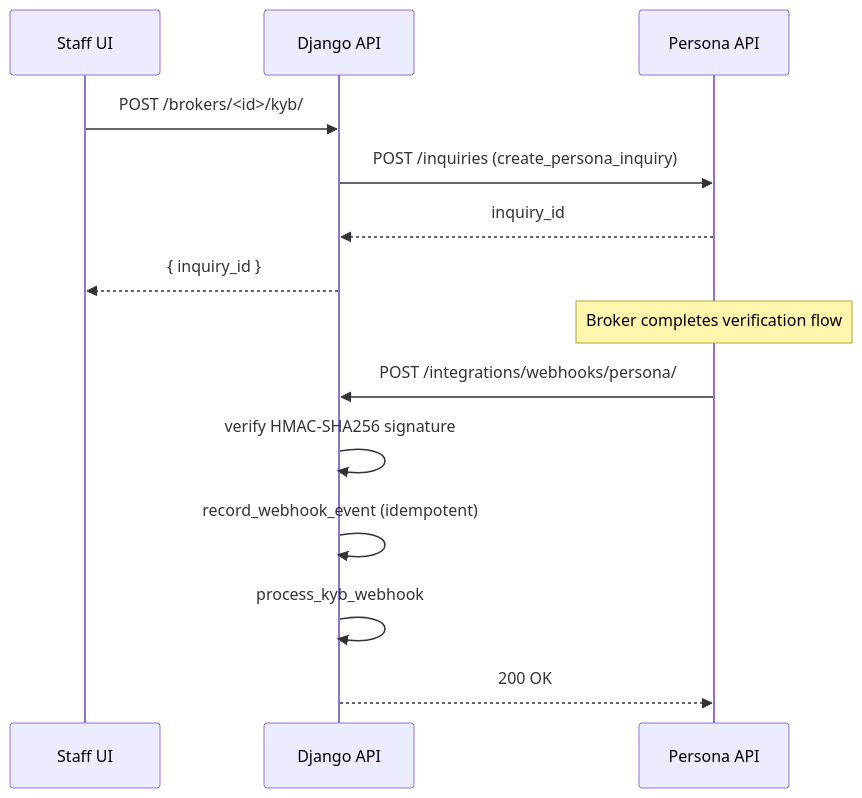
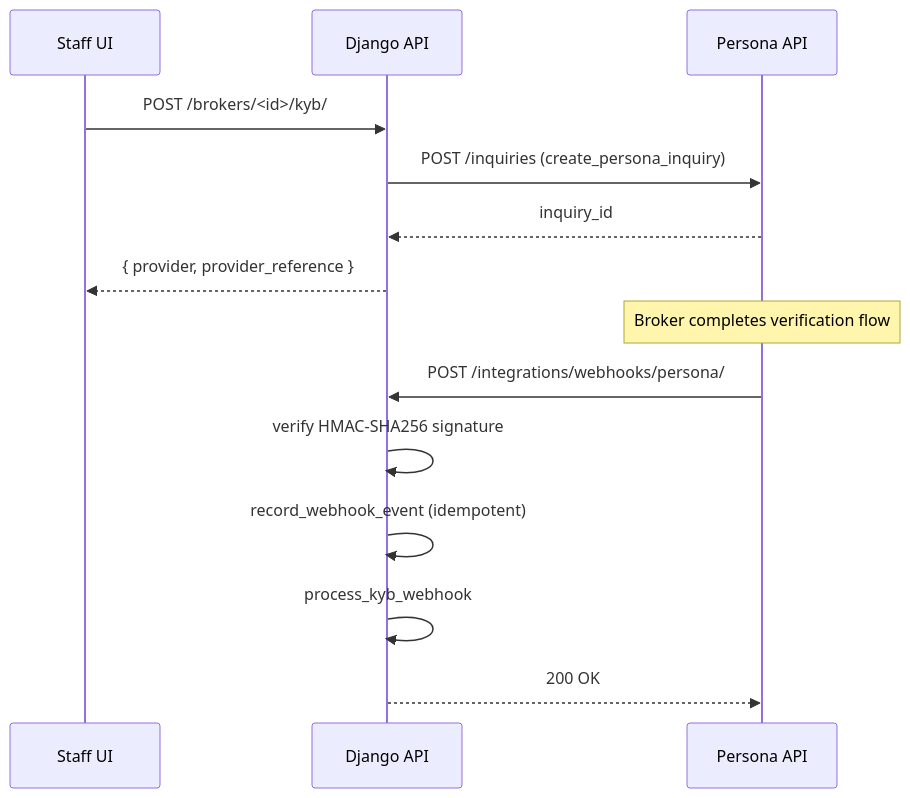
The second of 7 diagrams in docs/INTEGRATIONS.md (staniborII/corgi_policy_administration_t1), drawn with Mermaid before and after one commit. The commit also changed other lines of this file and 28 other files, not shown here.

````diff
--- a/docs/INTEGRATIONS.md
+++ b/docs/INTEGRATIONS.md
@@ -7,19 +74,19 @@
 ```mermaid
 sequenceDiagram
     participant S as Staff UI
     participant API as Django API
     participant P as Persona API
 
     S->>API: POST /brokers/<id>/kyb/
     API->>P: POST /inquiries (create_persona_inquiry)
     P-->>API: inquiry_id
-    API-->>S: { inquiry_id }
+    API-->>S: { provider, provider_reference }
 
     Note over P: Broker completes verification flow
 
     P->>API: POST /integrations/webhooks/persona/
     API->>API: verify HMAC-SHA256 signature
     API->>API: record_webhook_event (idempotent)
     API->>API: process_kyb_webhook
     API-->>P: 200 OK
 ```
````
